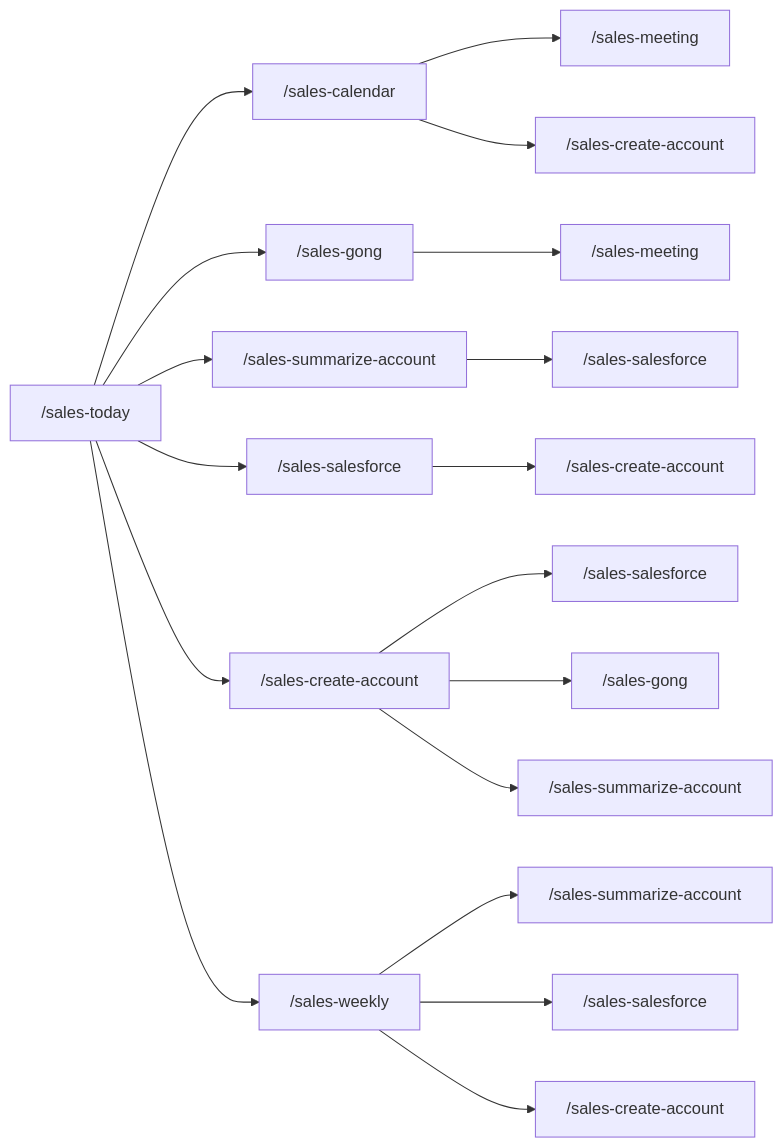
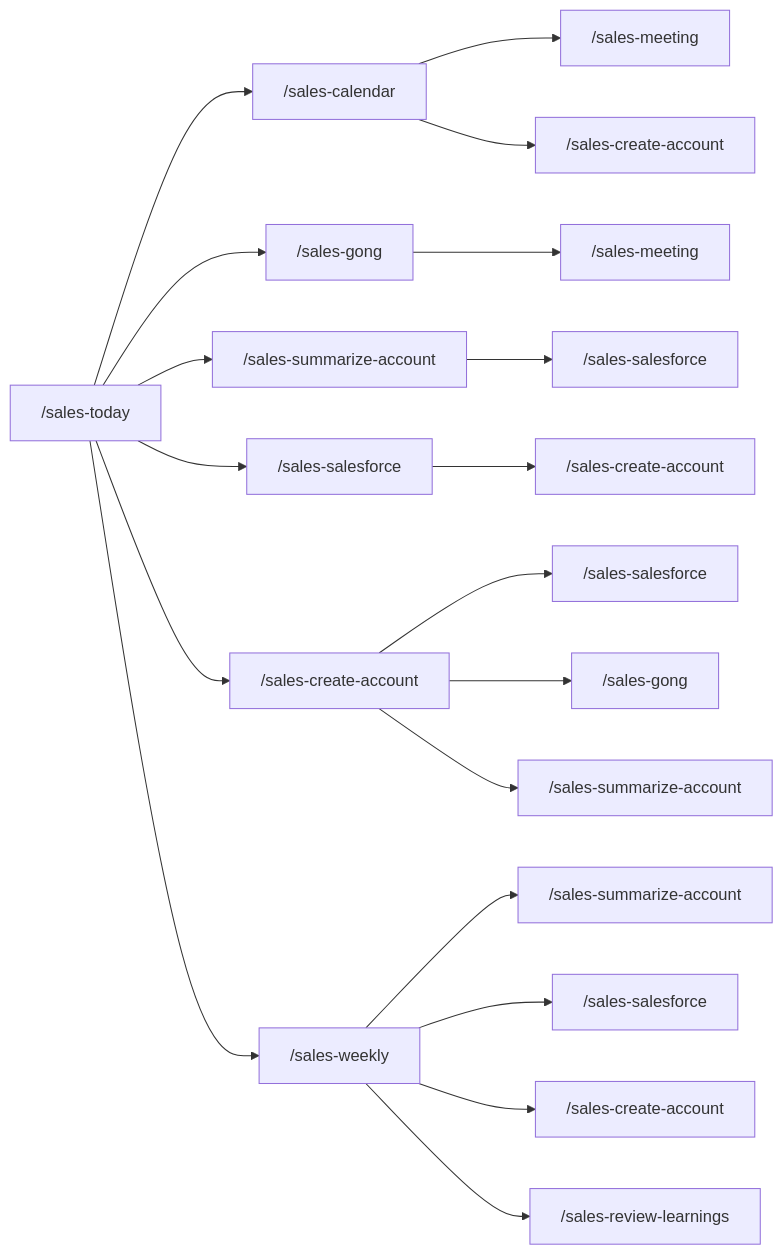
One commit to yeutterg/claude-code-sales-skills changed the diagram in README.md. Above: the diagram before and after it, drawn with Mermaid. The commit also changed other lines of this file and 5 other files, not shown here.

````diff
--- a/README.md
+++ b/README.md
@@ -167,21 +169,22 @@
 ```mermaid
 graph LR
     today["/sales-today"] --> calendar["/sales-calendar"]
     today --> gong1["/sales-gong"]
     today --> summarize1["/sales-summarize-account"]
     today --> salesforce1["/sales-salesforce"]
     today --> create1["/sales-create-account"]
     today --> weekly["/sales-weekly"]
 
     calendar --> meeting1["/sales-meeting"]
     calendar --> create2["/sales-create-account"]
     gong1 --> meeting2["/sales-meeting"]
     weekly --> summarize2["/sales-summarize-account"]
     weekly --> salesforce2["/sales-salesforce"]
     weekly --> create3["/sales-create-account"]
     create1 --> salesforce3["/sales-salesforce"]
     create1 --> gong2["/sales-gong"]
     create1 --> summarize3["/sales-summarize-account"]
     summarize1 --> salesforce4["/sales-salesforce"]
     salesforce1 --> create4["/sales-create-account"]
+    weekly --> review["/sales-review-learnings"]
 ```
````
